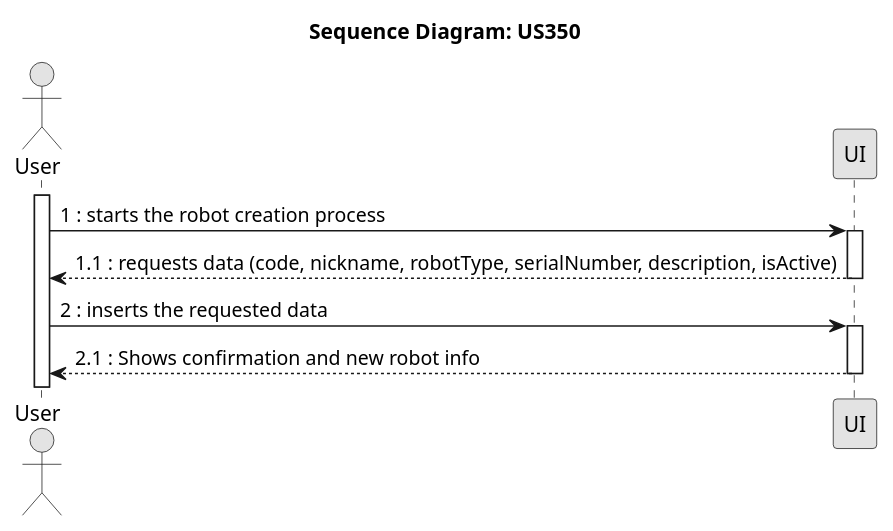
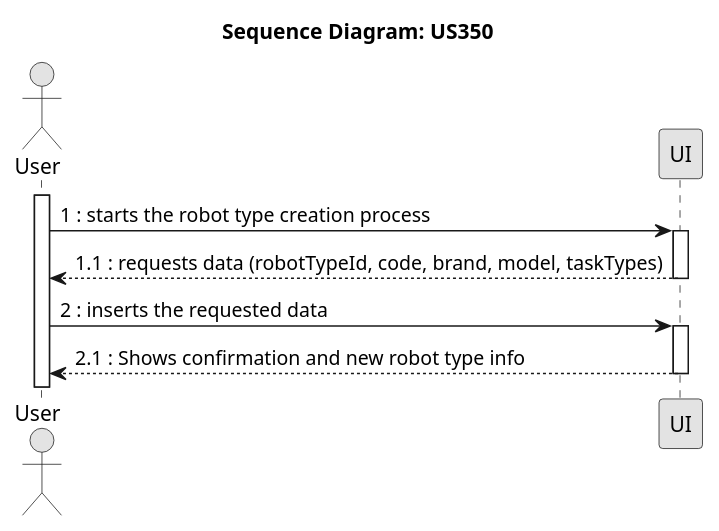
Before and after one commit to 1211134PedroViana/SEM_PI_23-24_G14: the diagram in documentation/sprintA/us350/Level 1/US350.puml, drawn with PlantUML. The commit also changed 5 other files, not shown here.

```diff
--- a/documentation/sprintA/us350/Level 1/US350.puml
+++ b/documentation/sprintA/us350/Level 1/US350.puml
@@ -1,22 +1,22 @@
 @startuml
 skinparam Monochrome true
 skinparam PackageStyle rectangle
 skinparam Shadowing false
 
 title Sequence Diagram: US350
 
 actor "User" as User
 participant "UI" as UI 
 
 activate User
-User -> UI : 1 : starts the robot creation process
+User -> UI : 1 : starts the robot type creation process
 activate UI
-UI --> User : 1.1 : requests data (code, nickname, robotType, serialNumber, description, isActive)
+UI --> User : 1.1 : requests data (robotTypeId, code, brand, model, taskTypes)
 deactivate UI
 User -> UI : 2 : inserts the requested data 
 activate UI
-UI --> User : 2.1 : Shows confirmation and new robot info
+UI --> User : 2.1 : Shows confirmation and new robot type info
 
 deactivate UI
 
 @enduml
```
